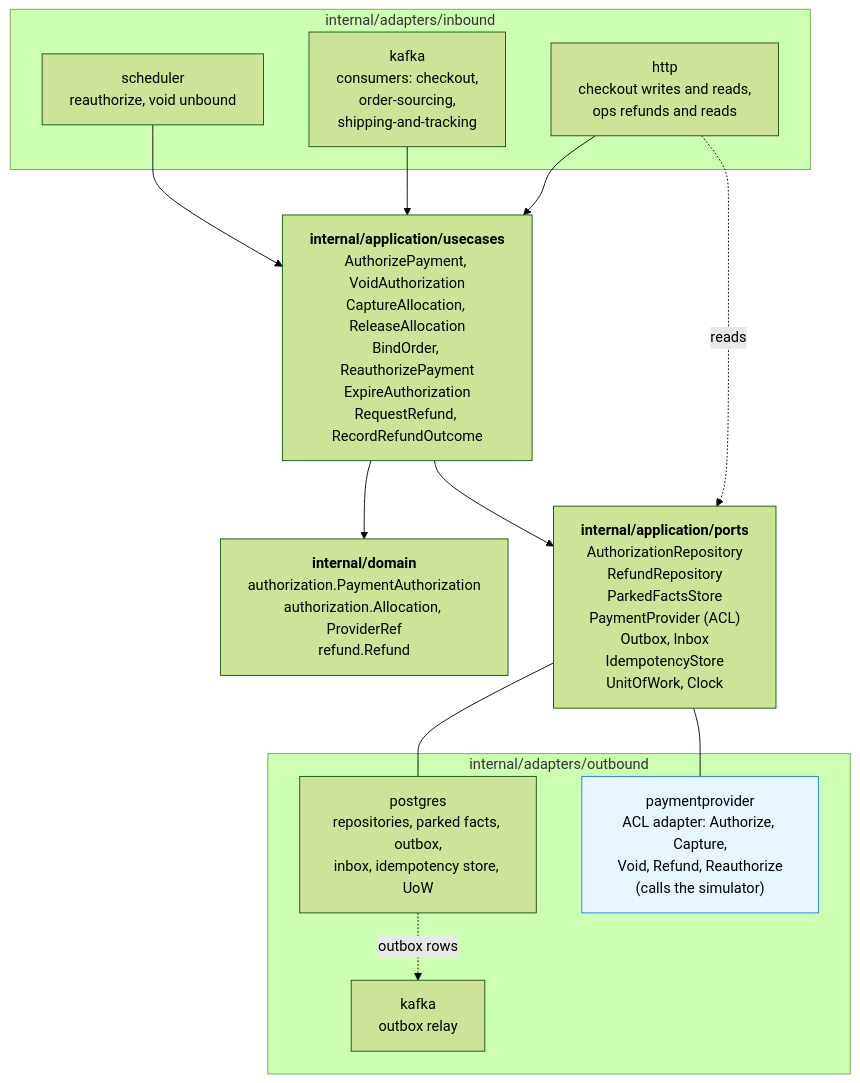
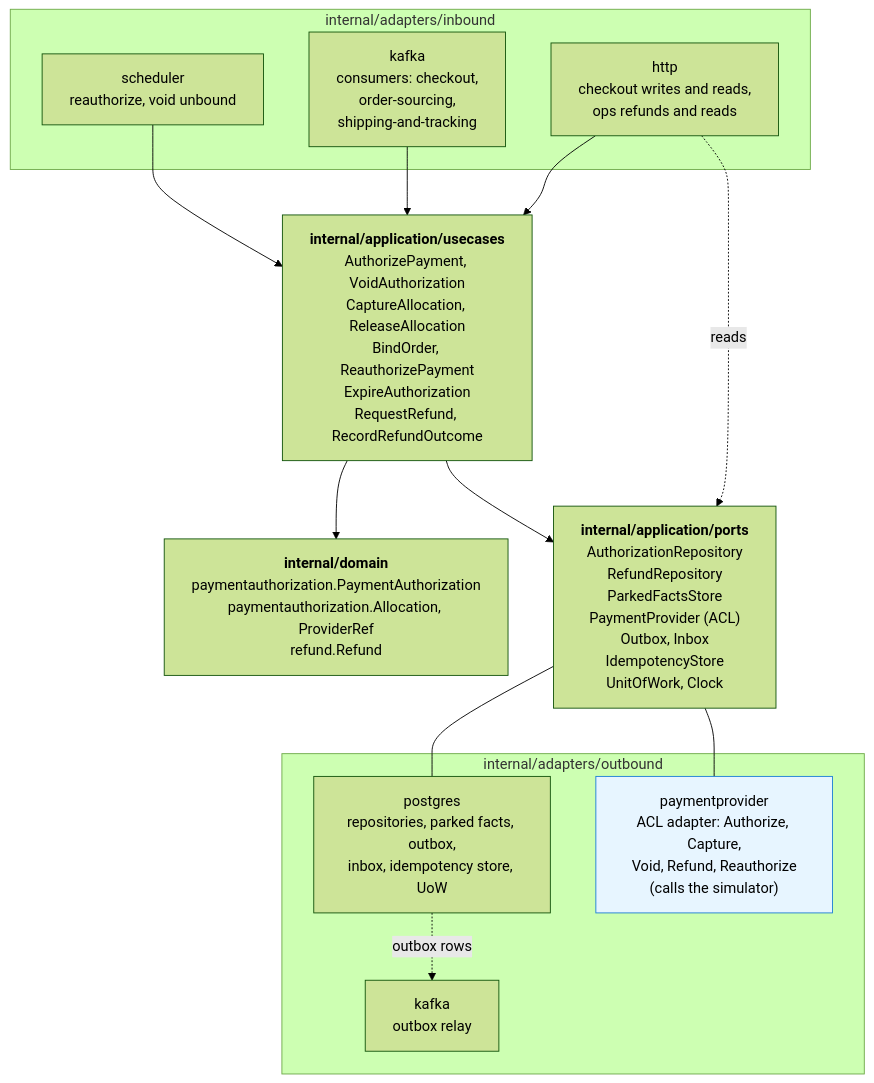
One commit to IQVO/warehouse-docs changed the seventh of 7 diagrams in storefront/docs/contexts/customer-payments/class-diagram.md. Above: the diagram before and after it, drawn with Mermaid (forest theme). The commit also changed other lines of this file and 83 other files, not shown here.

````diff
--- a/storefront/docs/contexts/customer-payments/class-diagram.md
+++ b/storefront/docs/contexts/customer-payments/class-diagram.md
@@ -269,28 +269,28 @@
 ```mermaid
 flowchart TB
     subgraph IN["internal/adapters/inbound"]
         HTTP["http<br/>checkout writes and reads,<br/>ops refunds and reads"]
         KC["kafka<br/>consumers: checkout,<br/>order-sourcing,<br/>shipping-and-tracking"]
         SCH["scheduler<br/>reauthorize, void unbound"]
     end
     APP["<b>internal/application/usecases</b><br/>AuthorizePayment, VoidAuthorization<br/>CaptureAllocation, ReleaseAllocation<br/>BindOrder, ReauthorizePayment<br/>ExpireAuthorization<br/>RequestRefund, RecordRefundOutcome"]
-    DOM["<b>internal/domain</b><br/>authorization.PaymentAuthorization<br/>authorization.Allocation, ProviderRef<br/>refund.Refund"]
+    DOM["<b>internal/domain</b><br/>paymentauthorization.PaymentAuthorization<br/>paymentauthorization.Allocation, ProviderRef<br/>refund.Refund"]
     PORTS["<b>internal/application/ports</b><br/>AuthorizationRepository<br/>RefundRepository<br/>ParkedFactsStore<br/>PaymentProvider (ACL)<br/>Outbox, Inbox<br/>IdempotencyStore<br/>UnitOfWork, Clock"]
     subgraph OUT["internal/adapters/outbound"]
         A1["postgres<br/>repositories, parked facts, outbox,<br/>inbox, idempotency store, UoW"]
         A2["kafka<br/>outbox relay"]
         A3["paymentprovider<br/>ACL adapter: Authorize, Capture,<br/>Void, Refund, Reauthorize<br/>(calls the simulator)"]
     end
     HTTP --> APP
     KC --> APP
     SCH --> APP
     HTTP -. reads .-> PORTS
     APP --> DOM
     APP --> PORTS
     PORTS --- A1
     PORTS --- A3
     A1 -. outbox rows .-> A2
 
     classDef outblue fill:#e7f5ff,stroke:#1c7ed6,color:#000
     class A3 outblue
 ```
````
